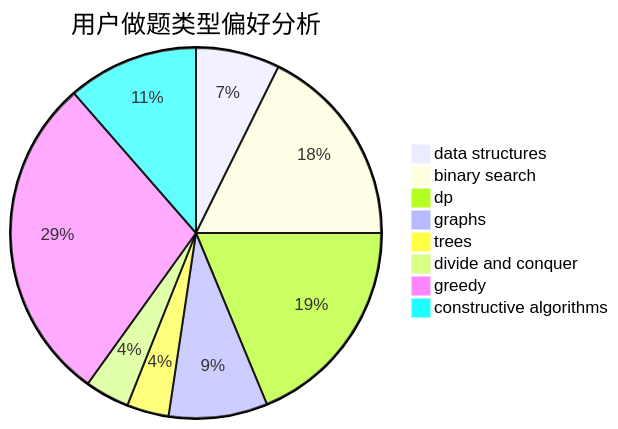
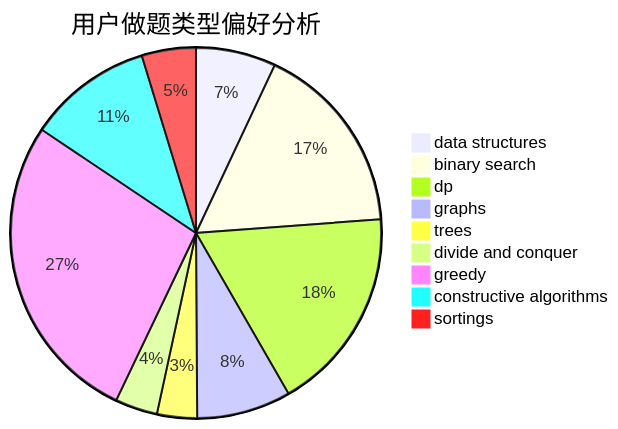
Before and after one commit to sherpahu/cfrs.github.io: the second of 3 diagrams in docs/user/u2454.md, drawn with Mermaid. The commit also changed other lines of this file and 2769 other files, not shown here.

````diff
--- a/docs/user/u2454.md
+++ b/docs/user/u2454.md
@@ -23,11 +18,12 @@
 ```mermaid
 pie title 用户做题类型偏好分析
     "data structures" :  34
     "binary search" :  82
     "dp" :  87
     "graphs" :  40
     "trees" :  17
     "divide and conquer" :  18
     "greedy" :  133
     "constructive algorithms" :  53
+    "sortings" :  23
 ```
````
